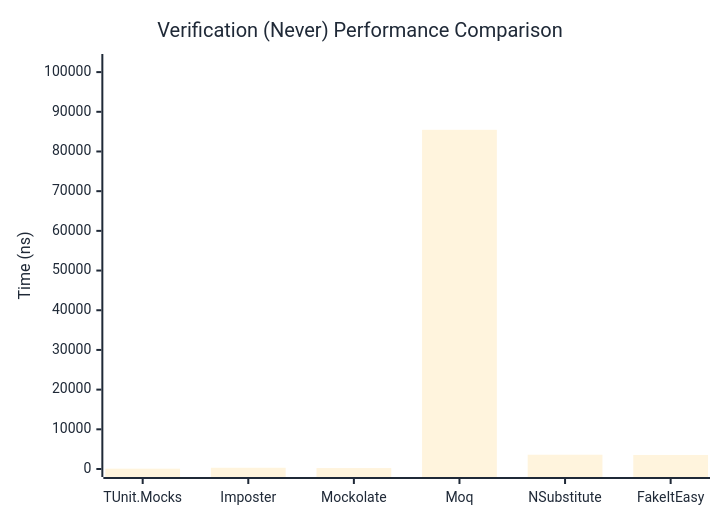
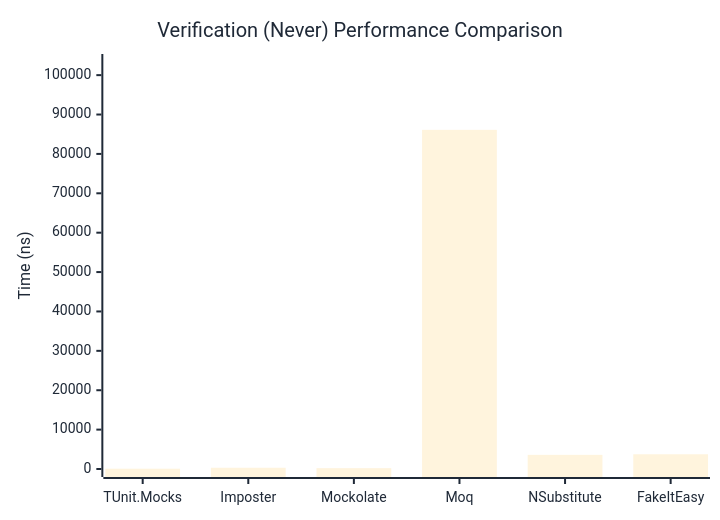
Before and after one commit to thomhurst/TUnit: the second of 3 diagrams in docs/docs/benchmarks/mocks/Verification.md, drawn with Mermaid. The commit also changed other lines of this file and 14 other files, not shown here.

````diff
--- a/docs/docs/benchmarks/mocks/Verification.md
+++ b/docs/docs/benchmarks/mocks/Verification.md
@@ -69,27 +69,27 @@
 ```mermaid
 %%{init: {
   'theme':'base',
   'themeVariables': {
     'primaryColor': '#2563eb',
     'primaryTextColor': '#1f2937',
     'primaryBorderColor': '#1e40af',
     'lineColor': '#6b7280',
     'secondaryColor': '#7c3aed',
     'tertiaryColor': '#dc2626',
     'background': '#ffffff',
     'pie1': '#2563eb',
     'pie2': '#7c3aed',
     'pie3': '#dc2626',
     'pie4': '#f59e0b',
     'pie5': '#10b981',
     'pie6': '#06b6d4',
     'pie7': '#ec4899',
     'pie8': '#6366f1'
   }
 }}%%
 xychart-beta
   title "Verification (Never) Performance Comparison"
   x-axis ["TUnit.Mocks", "Imposter", "Mockolate", "Moq", "NSubstitute", "FakeItEasy"]
-  y-axis "Time (ns)" 0 --> 102547
-  bar [79.85, 309.96, 234.28, 85455.7, 3596.49, 3540.3]
+  y-axis "Time (ns)" 0 --> 103336
+  bar [78.52, 317.21, 214.45, 86112.66, 3593.45, 3737.39]
 ```
````
